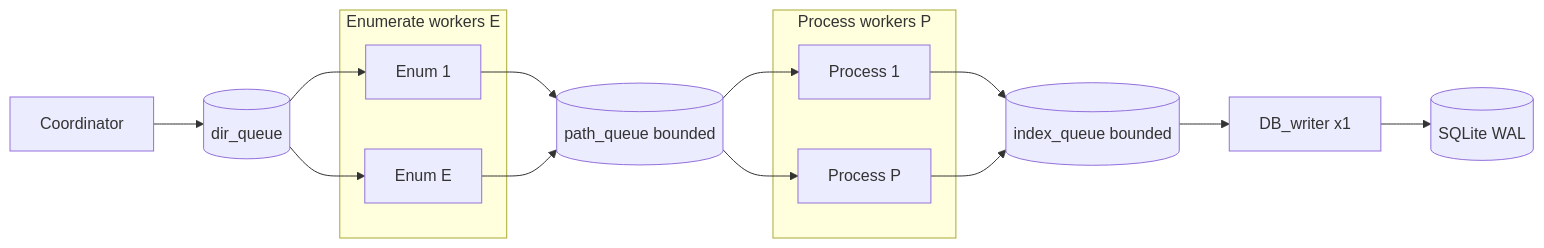
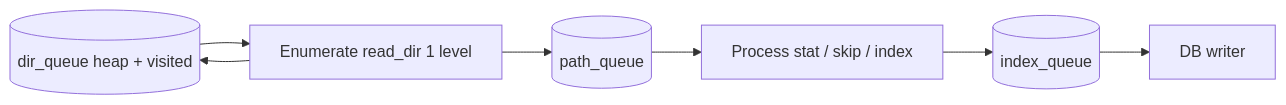
One commit to crmaxx/euterpe changed the diagram in docs/02-backend/library-scan.ru.md. Above: the diagram before and after it, drawn with Mermaid. The commit also changed other lines of this file and 38 other files, not shown here.

````diff
--- a/docs/02-backend/library-scan.ru.md
+++ b/docs/02-backend/library-scan.ru.md
@@ -11,29 +19,15 @@
 ```mermaid
 flowchart LR
-  coord[Coordinator]
-  dirQ[(dir_queue)]
-  subgraph enumPool [Enumerate workers E]
-    E1[Enum 1]
-    EE[Enum E]
-  end
-  pathQ[(path_queue bounded)]
-  subgraph procPool [Process workers P]
-    P1[Process 1]
-    PP[Process P]
-  end
-  indexQ[(index_queue bounded)]
-  dbw[DB_writer x1]
-  db[(SQLite WAL)]
-
-  coord --> dirQ
-  dirQ --> E1
-  dirQ --> EE
-  E1 --> pathQ
-  EE --> pathQ
-  pathQ --> P1
-  pathQ --> PP
-  P1 --> indexQ
-  PP --> indexQ
+  dirQ[(dir_queue heap + visited)]
+  enum[Enumerate read_dir 1 level]
+  pathQ[(path_queue)]
+  proc[Process stat / skip / index]
+  indexQ[(index_queue)]
+  dbw[DB writer]
+  dirQ --> enum
+  enum --> pathQ
+  enum --> dirQ
+  pathQ --> proc
+  proc --> indexQ
   indexQ --> dbw
-  dbw --> db
 ```
````
